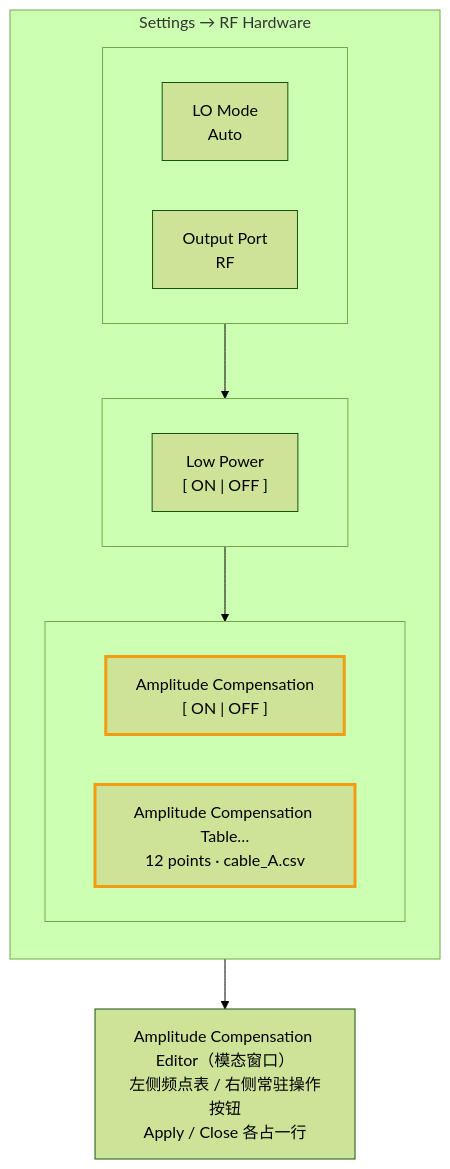
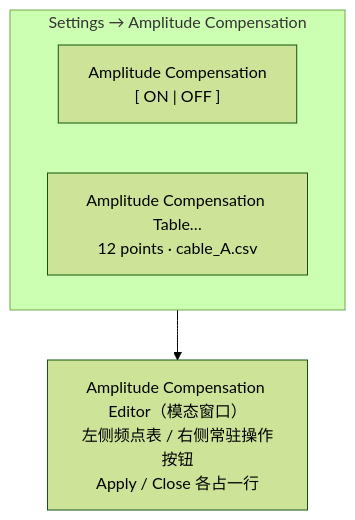
Before and after one commit to ChairmanHA/skills: the second of 4 diagrams in .github/KnowledgeBase/signal_impairments_ui_entry_design.md, drawn with Mermaid (forest theme). The commit also changed other lines of this file and 16 other files, not shown here.

````diff
--- a/.github/KnowledgeBase/signal_impairments_ui_entry_design.md
+++ b/.github/KnowledgeBase/signal_impairments_ui_entry_design.md
@@ -148,23 +171,9 @@
 ```mermaid
 flowchart TB
-    subgraph RFH["Settings → RF Hardware"]
-        direction TB
-        subgraph H1[" "]
-            direction LR
-            E1["LO Mode<br/>Auto"]
-            E2["Output Port<br/>RF"]
-        end
-        subgraph H2[" "]
-            direction LR
-            E3["Low Power<br/>[ ON | OFF ]"]
-        end
-        subgraph H3[" "]
-            direction LR
-            E5["Amplitude Compensation<br/>[ ON | OFF ]"]:::newBtn
-            E6["Amplitude Compensation Table…<br/>12 points · cable_A.csv"]:::newBtn
-        end
-        H1 --> H2 --> H3
+    subgraph AMP["Settings → Amplitude Compensation"]
+        direction LR
+        E5["Amplitude Compensation<br/>[ ON | OFF ]"]
+        E6["Amplitude Compensation Table…<br/>12 points · cable_A.csv"]
     end
     E6 --> TBL["Amplitude Compensation Editor（模态窗口）<br/>左侧频点表 / 右侧常驻操作按钮<br/>Apply / Close 各占一行"]
-    classDef newBtn stroke:#f39c12,stroke-width:3px
 ```
````
